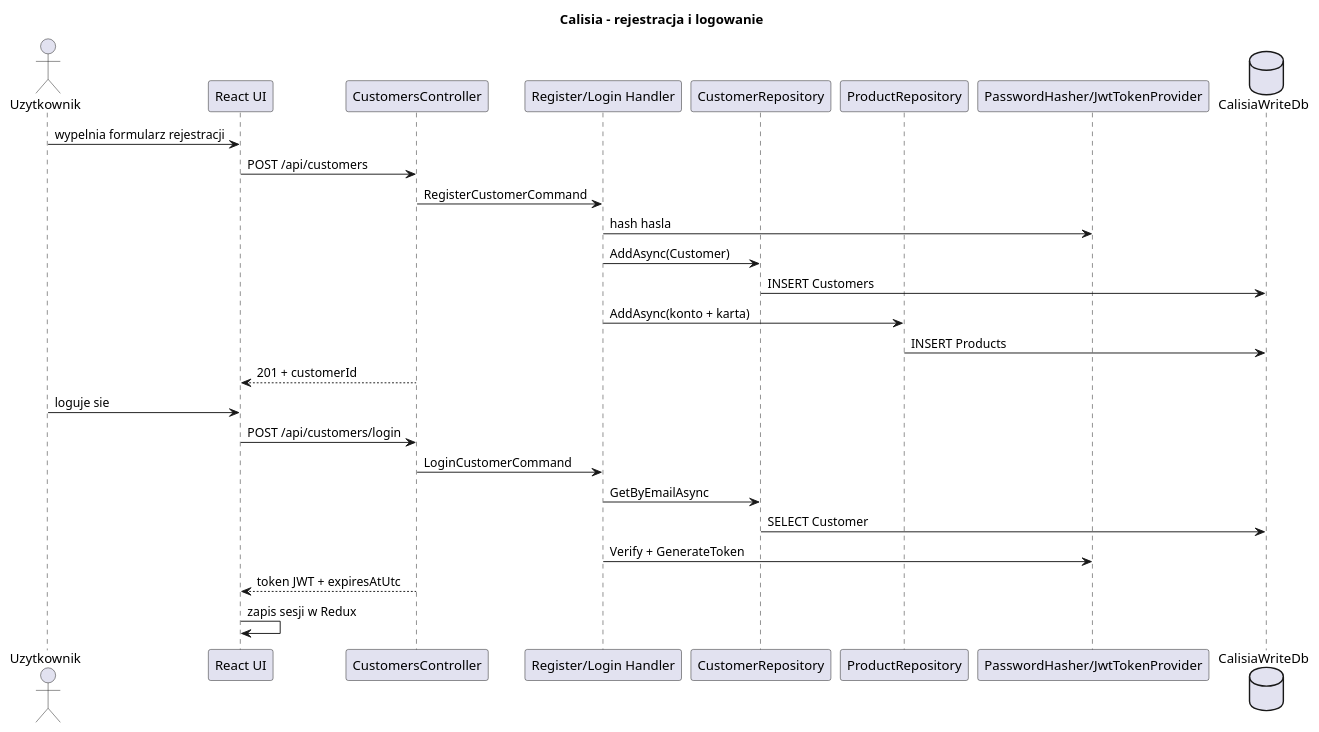
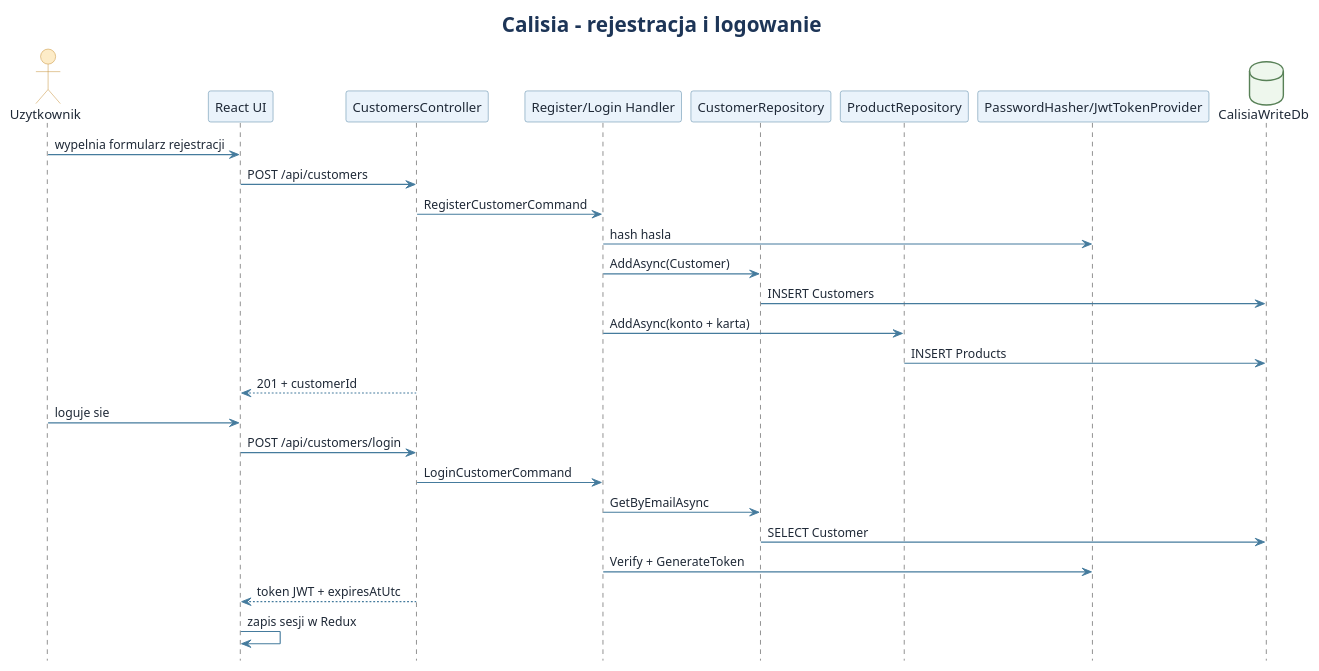
One commit to jwolczko/Application-team-project changed the diagram in docs/uml/07_sekwencja_rejestracja_logowanie.puml. Above: the diagram before and after it, drawn with PlantUML. The commit also changed 23 other files, not shown here.

```diff
--- a/docs/uml/07_sekwencja_rejestracja_logowanie.puml
+++ b/docs/uml/07_sekwencja_rejestracja_logowanie.puml
@@ -1,32 +1,47 @@
 @startuml
 title Calisia - rejestracja i logowanie
 skinparam shadowing false
+hide footbox
+skinparam backgroundColor #FFFFFF
+skinparam defaultFontName Arial
+skinparam defaultFontColor #1F2937
+skinparam ArrowColor #457B9D
+skinparam ArrowThickness 1.2
+skinparam ParticipantBorderColor #457B9D
+skinparam ParticipantBackgroundColor #EAF3FB
+skinparam ActorBackgroundColor #FDECC8
+skinparam ActorBorderColor #C48A2C
+skinparam DatabaseBackgroundColor #EEF7ED
+skinparam DatabaseBorderColor #588157
+skinparam LifeLineBorderColor #9CA3AF
+skinparam titleFontColor #1D3557
+skinparam titleFontSize 22
 
 actor "Uzytkownik" as User
 participant "React UI" as UI
 participant "CustomersController" as Controller
 participant "Register/Login Handler" as Handler
 participant "CustomerRepository" as CustomerRepo
 participant "ProductRepository" as ProductRepo
 participant "PasswordHasher/JwtTokenProvider" as Security
 database "CalisiaWriteDb" as Db
 
 User -> UI : wypelnia formularz rejestracji
 UI -> Controller : POST /api/customers
 Controller -> Handler : RegisterCustomerCommand
 Handler -> Security : hash hasla
 Handler -> CustomerRepo : AddAsync(Customer)
 CustomerRepo -> Db : INSERT Customers
 Handler -> ProductRepo : AddAsync(konto + karta)
 ProductRepo -> Db : INSERT Products
 Controller --> UI : 201 + customerId
 
 User -> UI : loguje sie
 UI -> Controller : POST /api/customers/login
 Controller -> Handler : LoginCustomerCommand
 Handler -> CustomerRepo : GetByEmailAsync
 CustomerRepo -> Db : SELECT Customer
 Handler -> Security : Verify + GenerateToken
 Controller --> UI : token JWT + expiresAtUtc
 UI -> UI : zapis sesji w Redux
 @enduml
```
